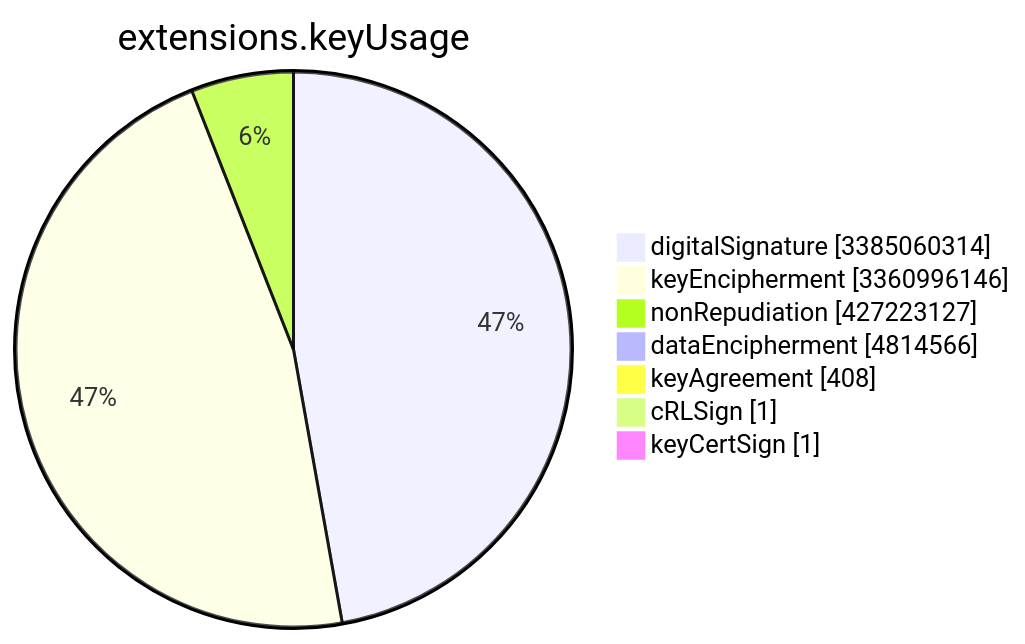
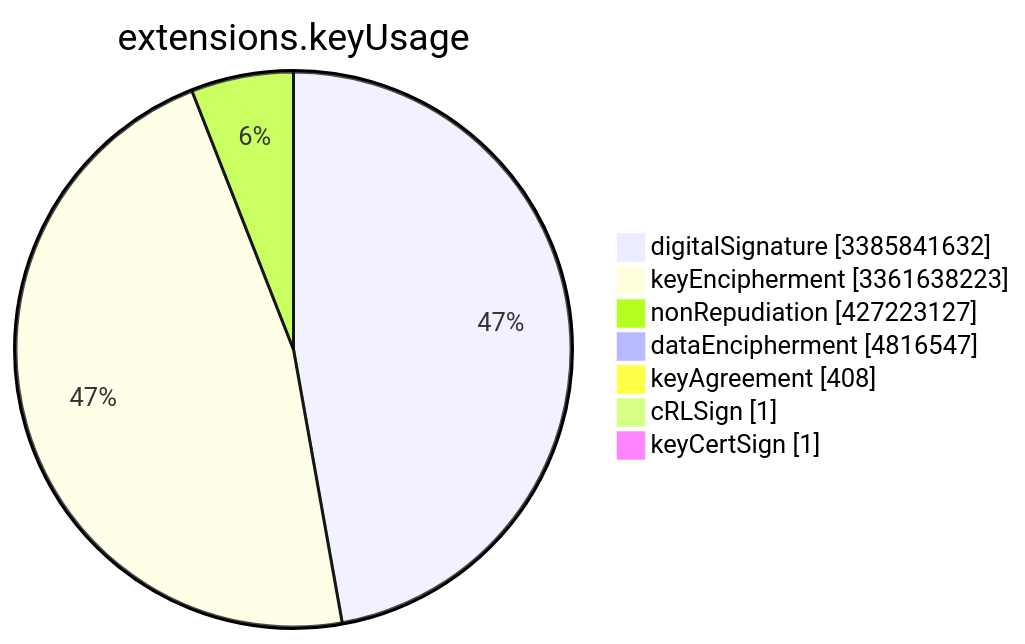
Before and after one commit to christiankrug/ctmonitor_visualization: the sixth of 15 diagrams in TOTAL/README.md, drawn with Mermaid. The commit also changed other lines of this file, not shown here.

````diff
--- a/TOTAL/README.md
+++ b/TOTAL/README.md
@@ -3080,11 +3080,11 @@
 ```mermaid
 pie showData
 title extensions.keyUsage
-"digitalSignature" :3385060314
-"keyEncipherment" :3360996146
+"digitalSignature" :3385841632
+"keyEncipherment" :3361638223
 "nonRepudiation" :427223127
-"dataEncipherment" :4814566
+"dataEncipherment" :4816547
 "keyAgreement" :408
 "cRLSign" :1
 "keyCertSign" :1
 ```
````
